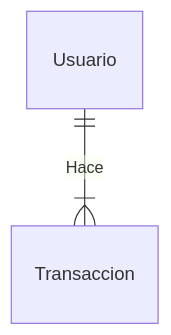
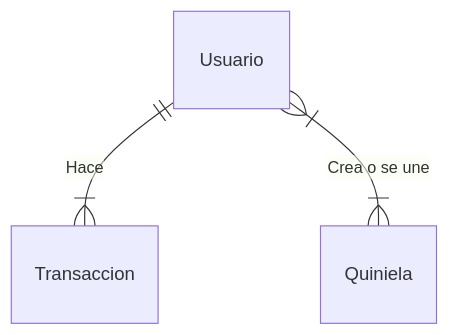
One commit to Peque-73/BD-Relacional---Clase-1 changed the diagram in Tareas/Tarea_2.md. Above: the diagram before and after it, drawn with Mermaid.

Commit message:
ER TEST CODE #3

````diff
--- a/Tareas/Tarea_2.md
+++ b/Tareas/Tarea_2.md
@@ -1,4 +1,5 @@
 ```mermaid
 erDiagram
     Usuario ||--|{ Transaccion : Hace
+    Usuario }|--|{ Quiniela : "Crea o se une"
 ```
````
